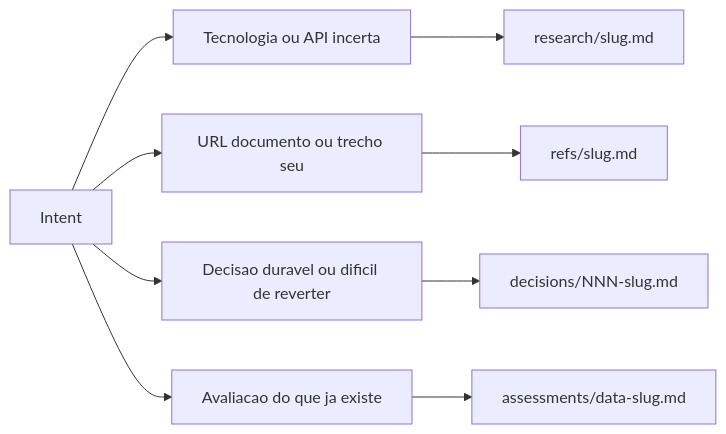
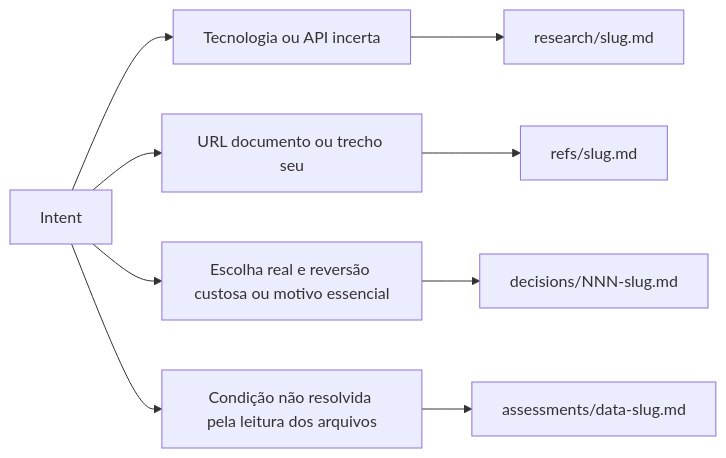
Before and after one commit to jotafurtado/on-track: the fourth of 6 diagrams in docs/technical-guide.md, drawn with Mermaid. The commit also changed other lines of this file and 9 other files, not shown here.

````diff
--- a/docs/technical-guide.md
+++ b/docs/technical-guide.md
@@ -135,11 +135,11 @@
 ```mermaid
 flowchart LR
   intent["Intent"] --> tech["Tecnologia ou API incerta"]
   intent --> fonte["URL documento ou trecho seu"]
-  intent --> escolha["Decisao duravel ou dificil de reverter"]
-  intent --> estado["Avaliacao do que ja existe"]
+  intent --> escolha["Escolha real e reversão custosa ou motivo essencial"]
+  intent --> estado["Condição não resolvida pela leitura dos arquivos"]
   tech --> research["research/slug.md"]
   fonte --> ref["refs/slug.md"]
   escolha --> adr["decisions/NNN-slug.md"]
   estado --> assess["assessments/data-slug.md"]
 ```
````
